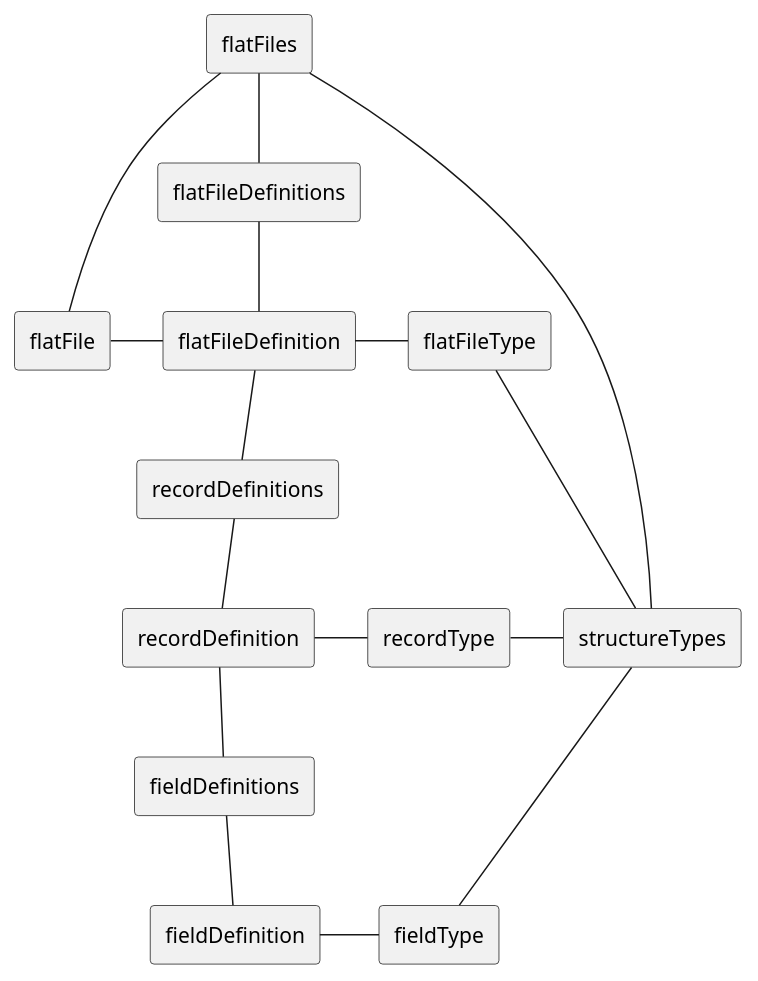
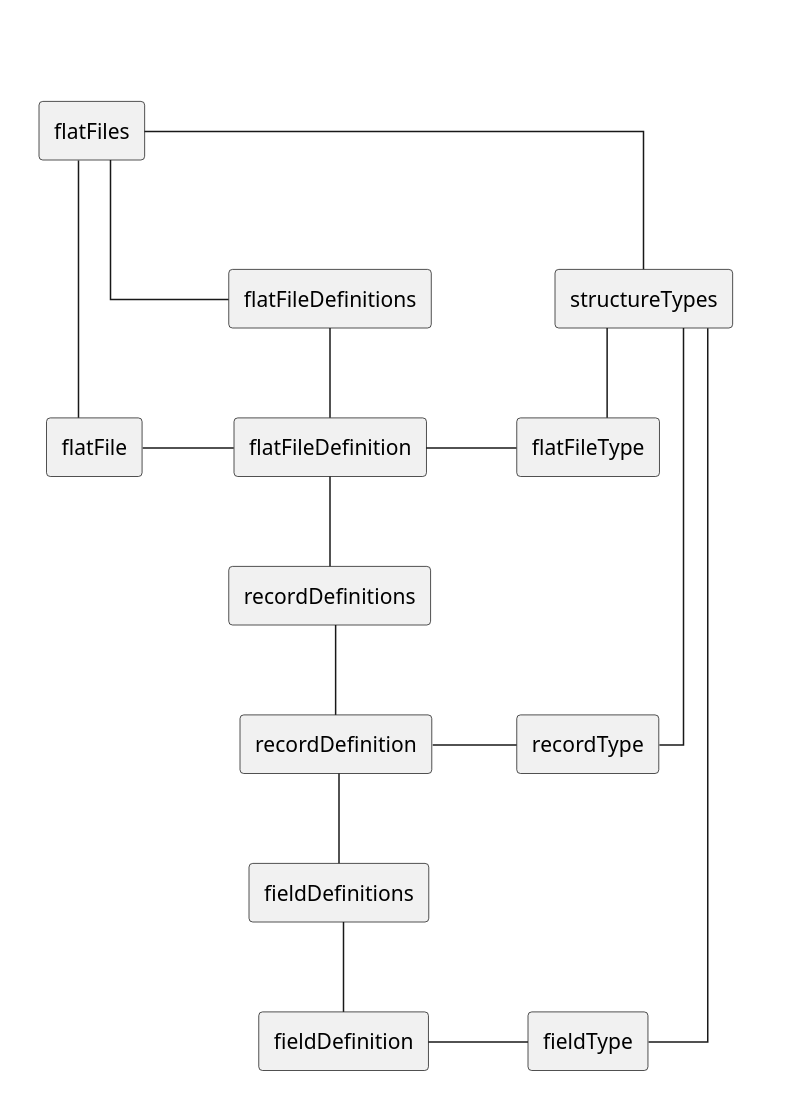
The diagram in standard/figurer/figur_4.puml (arkivverket/addml-standard), drawn with PlantUML before and after one commit.

```diff
--- a/standard/figurer/figur_4.puml
+++ b/standard/figurer/figur_4.puml
@@ -1,36 +1,54 @@
 @startuml
+skinparam linetype ortho
+
+skinparam package<<Layout>> {
+  borderColor Transparent
+  backgroundColor Transparent
+  fontColor Transparent
+  stereotypeFontColor Transparent
+}
+
+package files <<Layout>> {
 rectangle flatFiles
 rectangle flatFile
+}
+
+package definitions <<Layout>> {
 rectangle flatFileDefinitions
 rectangle flatFileDefinition
-rectangle flatFileType
 rectangle recordDefinitions
 rectangle recordDefinition
-rectangle recordType
 rectangle fieldDefinitions
 rectangle fieldDefinition
+}
+
+package types <<Layout>> {
+rectangle structureTypes
+rectangle flatFileType
+rectangle recordType
 rectangle fieldType
-rectangle structureTypes
+}
+
 
 flatFiles --- flatFile
 flatFiles -- flatFileDefinitions
 flatFile - flatFileDefinition
 
 flatFileDefinitions -- flatFileDefinition
 flatFileDefinition -- recordDefinitions
 recordDefinitions -- recordDefinition
 recordDefinition -- fieldDefinitions
 fieldDefinitions -- fieldDefinition
 
 flatFileDefinition - flatFileType
 recordDefinition - recordType
 fieldDefinition - fieldType
 
-flatFileType -- structureTypes
+structureTypes -- flatFileType 
 flatFileType --[hidden]- recordType
 recordType--[hidden]- fieldType
-recordType - structureTypes
+structureTypes -- recordType
 structureTypes -- fieldType
 
-flatFiles - structureTypes
+flatFiles -- structureTypes
 @enduml
```
